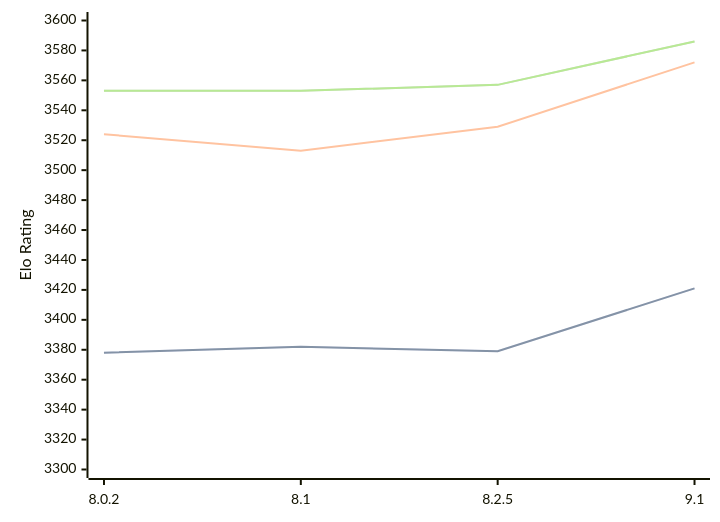
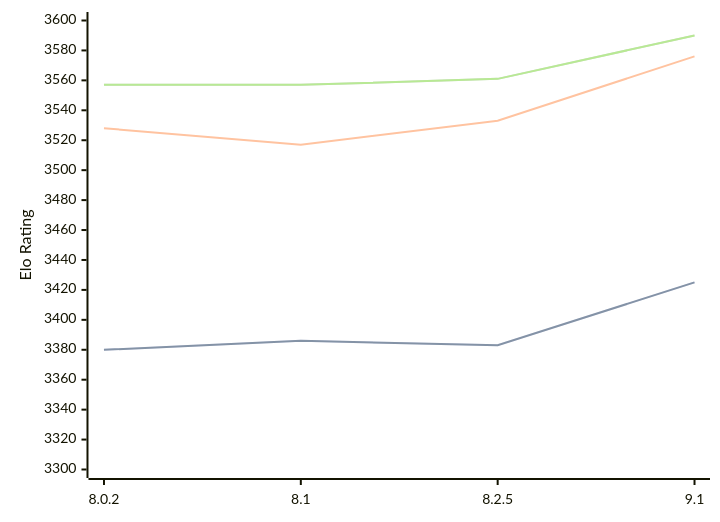
The diagram in engines/Clover.md (computer-chess-index/cci), drawn with Mermaid before and after one commit. The commit also changed other lines of this file, not shown here.

Commit message:
Update CCI Ratings (ELO VLTC) - 2026-05-02

````diff
--- a/engines/Clover.md
+++ b/engines/Clover.md
@@ -64,11 +64,11 @@
 ```mermaid
 %%{init: {"theme":"base","themeVariables":{"seriesColors:['#a3a3a3','#222221','#faa371']}}}%%
 xychart-beta
   x-axis ["8.0.2", "8.1", "8.2.5", "9.1"]
   y-axis "Elo Rating" 3300 --> 3600
-  line "STC (8.0+0.08s)" [3378, 3382, 3379, 3421]
-  line "STC (8.0+0.08s)" [3378, 3382, 3379, 3421]
-  line "LTC (60.0+0.60s)" [3524, 3513, 3529, 3572]
-  line "VLTC (2m24s+1.12s)" [3553, 3553, 3557, 3586]
-  line "VLTC (2m24s+1.12s)" [3553, 3553, 3557, 3586]
+  line "STC (8.0+0.08s)" [3380, 3386, 3383, 3425]
+  line "STC (8.0+0.08s)" [3380, 3386, 3383, 3425]
+  line "LTC (60.0+0.60s)" [3528, 3517, 3533, 3576]
+  line "VLTC (2m24s+1.12s)" [3557, 3557, 3561, 3590]
+  line "VLTC (2m24s+1.12s)" [3557, 3557, 3561, 3590]
 ```
````
